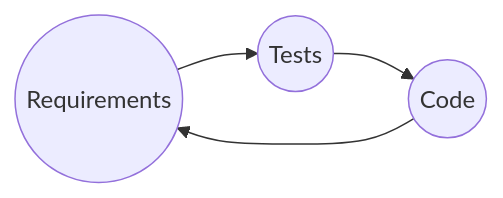
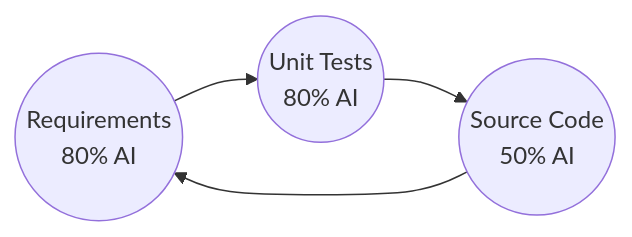
One commit to peter-lawrey/aide changed the diagram in posts/20241231-Next-Level-AIDE.adoc. Above: the diagram before and after it, drawn with Mermaid. The commit also changed other lines of this file and 3 other files, not shown here.

```diff
--- a/posts/20241231-Next-Level-AIDE.adoc
+++ b/posts/20241231-Next-Level-AIDE.adoc
@@ -58,7 +58,7 @@
 [mermaid]
 ----
 flowchart LR
-  A((Requirements)) --> B((Tests))
-  B --> C((Code))
+  A((Requirements<br>80% AI)) --> B((Unit Tests<br>80% AI))
+  B --> C((Source Code<br>50% AI))
   C --> A
 ----
```
